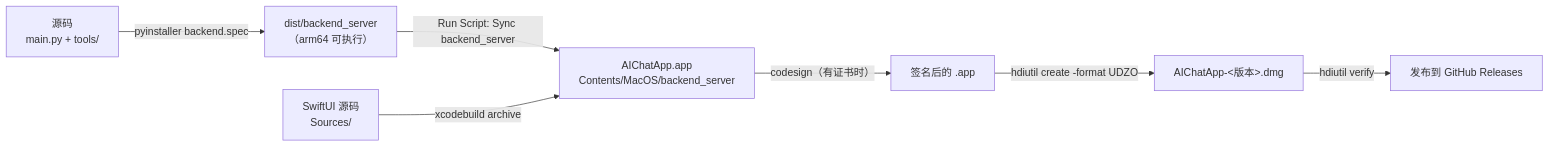
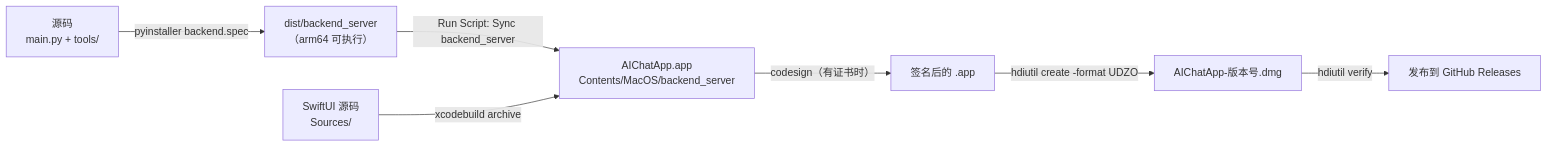
Before and after one commit to gtsdrt/gtsdrt_ai_hub_macos: the fourth of 4 diagrams in docs/ARCHITECTURE.md, drawn with Mermaid.

Commit message:
docs: 修正架构图里的 HTML 实体写法

````diff
--- a/docs/ARCHITECTURE.md
+++ b/docs/ARCHITECTURE.md
@@ -448,9 +448,9 @@
 ```mermaid
 flowchart LR
     A["源码<br/>main.py + tools/"] -->|"pyinstaller backend.spec"| B["dist/backend_server<br/>（arm64 可执行）"]
     B -->|"Run Script: Sync backend_server"| C["AIChatApp.app<br/>Contents/MacOS/backend_server"]
     D["SwiftUI 源码<br/>Sources/"] -->|"xcodebuild archive"| C
     C -->|"codesign（有证书时）"| E["签名后的 .app"]
-    E -->|"hdiutil create -format UDZO"| F["AIChatApp-&lt;版本&gt;.dmg"]
+    E -->|"hdiutil create -format UDZO"| F["AIChatApp-版本号.dmg"]
     F -->|"hdiutil verify"| G["发布到 GitHub Releases"]
 ```
````
